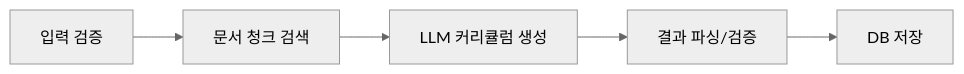
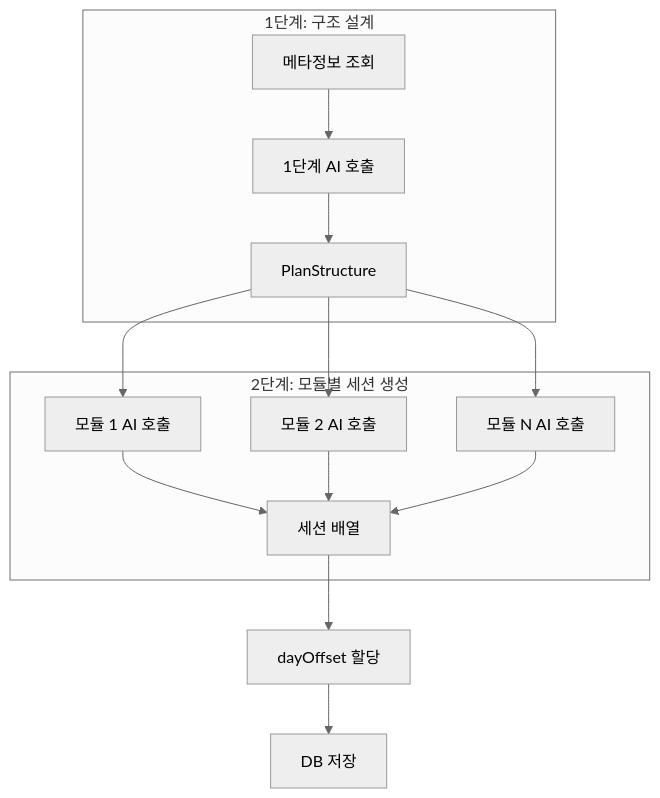
One commit to qaws7791/turbo-hono-next changed the diagram in docs/04-engineering/backend/plan-generation.md. Above: the diagram before and after it, drawn with Mermaid (neutral theme). The commit also changed other lines of this file and 4 other files, not shown here.

````diff
--- a/docs/04-engineering/backend/plan-generation.md
+++ b/docs/04-engineering/backend/plan-generation.md
@@ -26,7 +28,19 @@
 ```mermaid
-flowchart LR
-    A[입력 검증] --> B[문서 청크 검색]
-    B --> C[LLM 커리큘럼 생성]
-    C --> D[결과 파싱/검증]
-    D --> E[DB 저장]
+flowchart TB
+    subgraph "1단계: 구조 설계"
+        A[메타정보 조회] --> B[1단계 AI 호출]
+        B --> C[PlanStructure]
+    end
+
+    subgraph "2단계: 모듈별 세션 생성"
+        C --> D[모듈 1 AI 호출]
+        C --> E[모듈 2 AI 호출]
+        C --> F[모듈 N AI 호출]
+        D --> G[세션 배열]
+        E --> G
+        F --> G
+    end
+
+    G --> H[dayOffset 할당]
+    H --> I[DB 저장]
 ```
````
